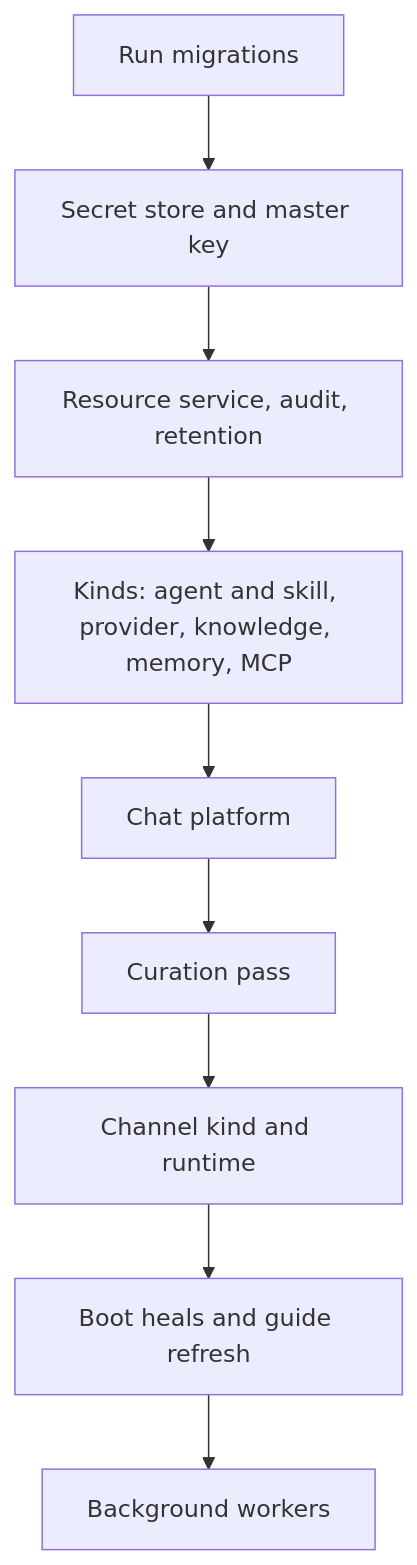
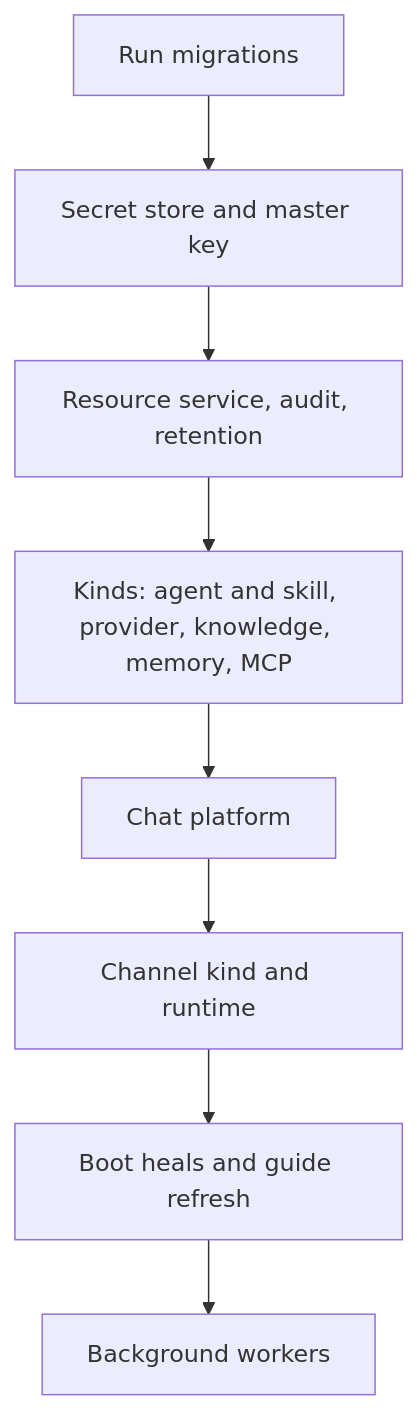
One commit to wyx-sg/Coffer changed the second of 2 diagrams in docs-site/architecture/layering.md. Above: the diagram before and after it, drawn with Mermaid. The commit also changed other lines of this file and 512 other files, not shown here.

````diff
--- a/docs-site/architecture/layering.md
+++ b/docs-site/architecture/layering.md
@@ -84,11 +83,10 @@
 ```mermaid
 flowchart TB
   M["Run migrations"] --> C["Secret store and master key"]
   C --> R["Resource service, audit, retention"]
   R --> K["Kinds: agent and skill, provider, knowledge, memory, MCP"]
   K --> CH["Chat platform"]
-  CH --> CU["Curation pass"]
-  CU --> CN["Channel kind and runtime"]
+  CH --> CN["Channel kind and runtime"]
   CN --> H["Boot heals and guide refresh"]
   H --> W["Background workers"]
 ```
````
